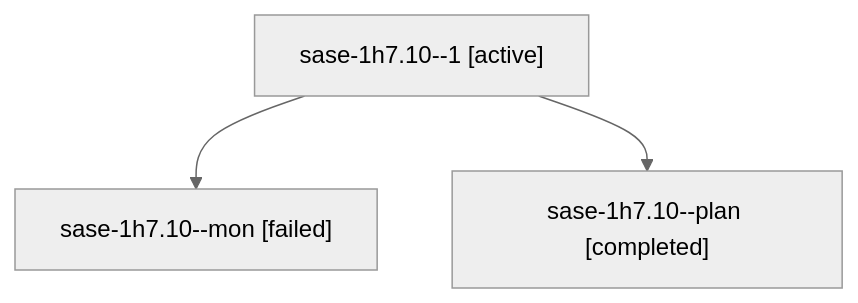
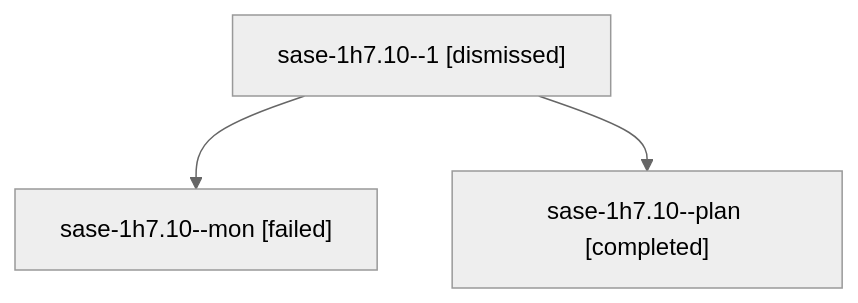
One commit to sase-org/sase--agents changed the diagram in sessions/bbugyi200.athena.sase-1h7.10.md. Above: the diagram before and after it, drawn with Mermaid (neutral theme). The commit also changed other lines of this file and 57 other files, not shown here.

````diff
--- a/sessions/bbugyi200.athena.sase-1h7.10.md
+++ b/sessions/bbugyi200.athena.sase-1h7.10.md
@@ -9,8 +9,8 @@
 ```mermaid
 flowchart TD
-  n0["sase-1h7.10--1 [active]"]
+  n0["sase-1h7.10--1 [dismissed]"]
   n1["sase-1h7.10--mon [failed]"]
   n0 --> n1
   n2["sase-1h7.10--plan [completed]"]
   n0 --> n2
 ```
````
